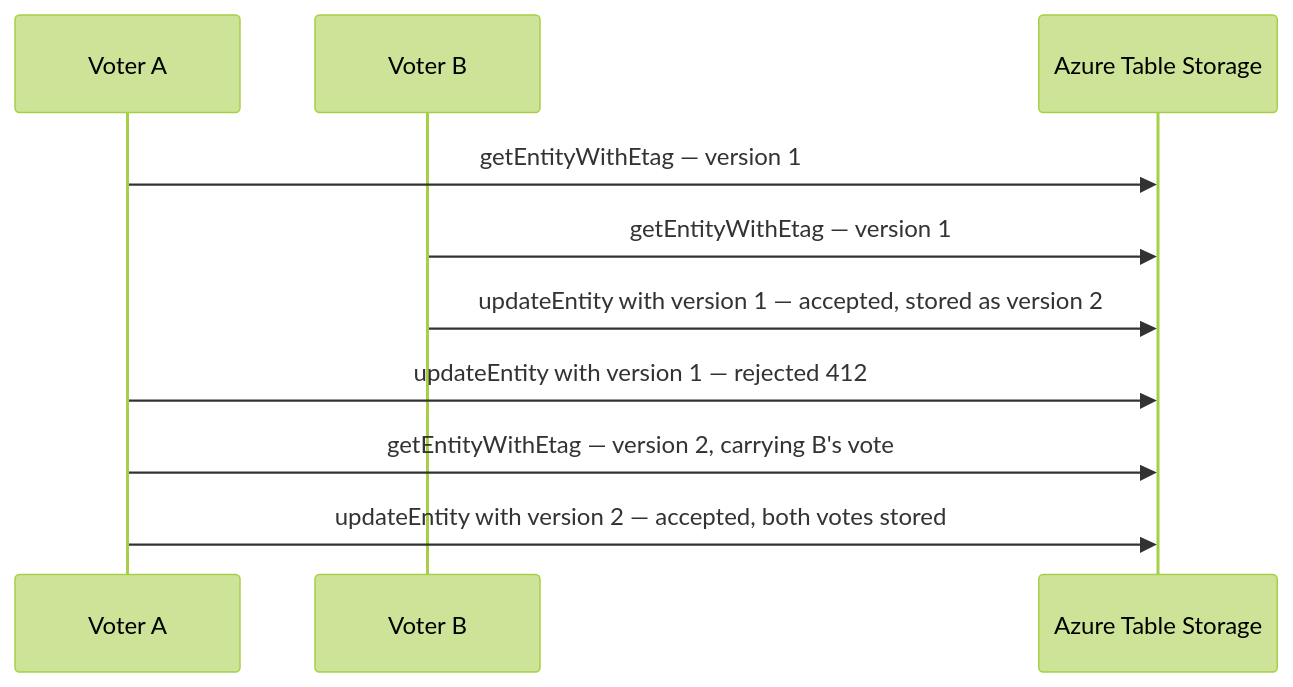
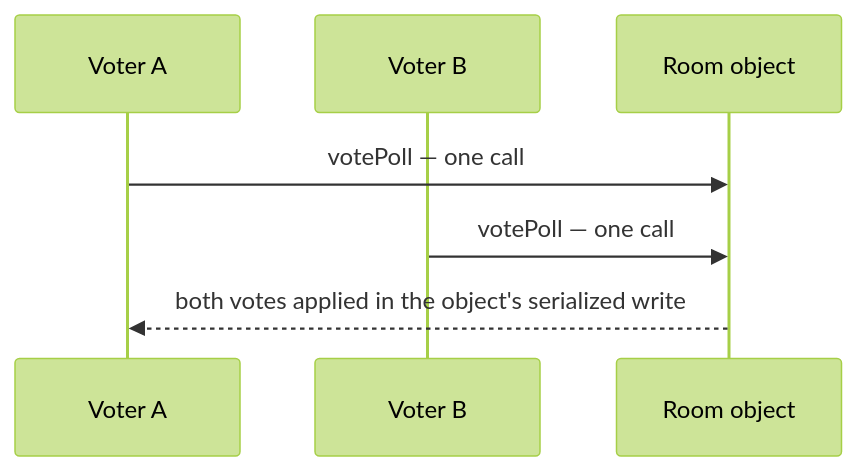
The second of 2 diagrams in openspec/specs/esbabbler/messaging/design.md (Esposter/Esposter), drawn with Mermaid (forest theme) before and after one commit. The commit also changed other lines of this file and 6 other files, not shown here.

First line of the commit message:
docs(esbabbler): the messaging specs name the room object's paths, not the Azure tables they replaced

````diff
--- a/openspec/specs/esbabbler/messaging/design.md
+++ b/openspec/specs/esbabbler/messaging/design.md
@@ -41,13 +38,10 @@
 ```mermaid
 sequenceDiagram
     participant A as Voter A
     participant B as Voter B
-    participant AT as Azure Table Storage
+    participant AT as Room object
 
-    A->>AT: getEntityWithEtag — version 1
-    B->>AT: getEntityWithEtag — version 1
-    B->>AT: updateEntity with version 1 — accepted, stored as version 2
-    A->>AT: updateEntity with version 1 — rejected 412
-    A->>AT: getEntityWithEtag — version 2, carrying B's vote
-    A->>AT: updateEntity with version 2 — accepted, both votes stored
+    A->>AT: votePoll — one call
+    B->>AT: votePoll — one call
+    AT-->>A: both votes applied in the object's serialized write
 ```
````
